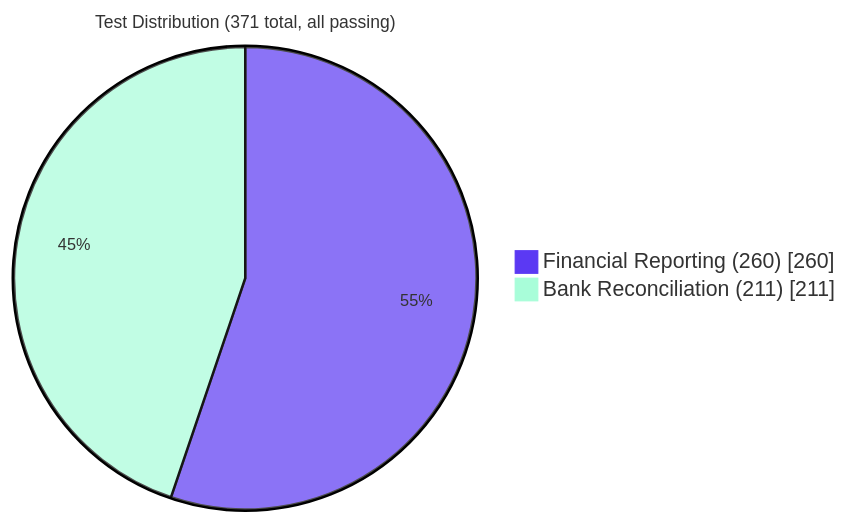
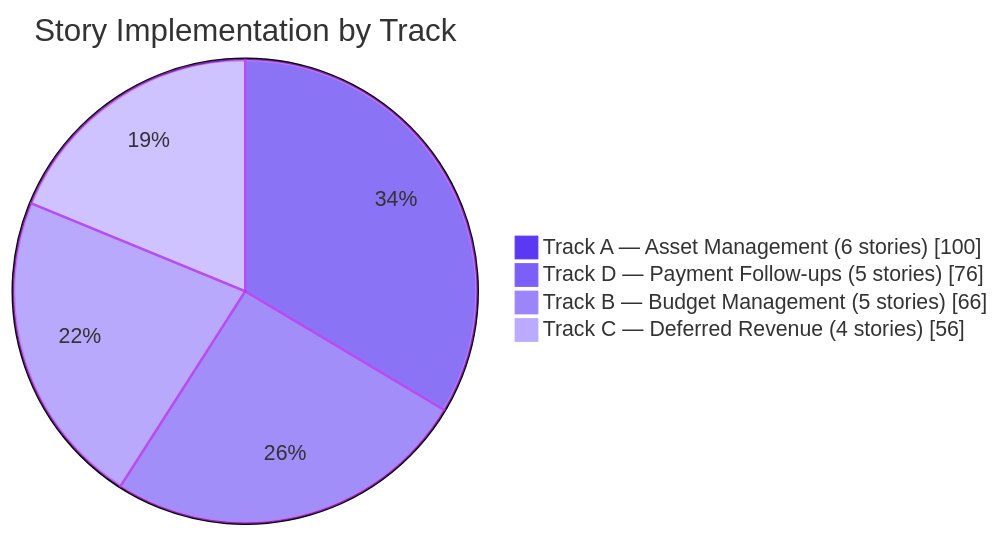
One commit to Blitzy-Sandbox/blitzy-odoo changed the fourth of 4 diagrams in blitzy/documentation/Project Guide.md. Above: the diagram before and after it, drawn with Mermaid. The commit also changed other lines of this file, not shown here.

````diff
--- a/blitzy/documentation/Project Guide.md
+++ b/blitzy/documentation/Project Guide.md
@@ -332,6 +334,8 @@
 ```mermaid
-%%{init: {'theme':'base','themeVariables':{'pie1':'#5B39F3','pie2':'#A8FDD9','pieTitleTextSize':'14px','pieSectionTextSize':'13px'}}}%%
-pie showData title Test Distribution (371 total, all passing)
-    "Financial Reporting (260)" : 260
-    "Bank Reconciliation (211)" : 211
+%%{init: {'theme':'base','themeVariables':{'pie1':'#5B39F3','pie2':'#7B5FF7','pie3':'#9B85FB','pie4':'#BBABFF','pieStrokeColor':'#B23AF2'}}}%%
+pie showData title Story Implementation by Track
+    "Track A — Asset Management (6 stories)" : 100
+    "Track D — Payment Follow-ups (5 stories)" : 76
+    "Track B — Budget Management (5 stories)" : 66
+    "Track C — Deferred Revenue (4 stories)" : 56
 ```
````
